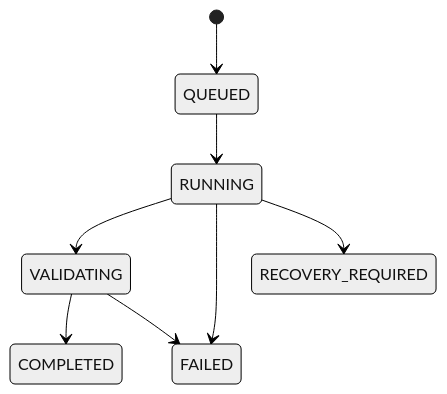
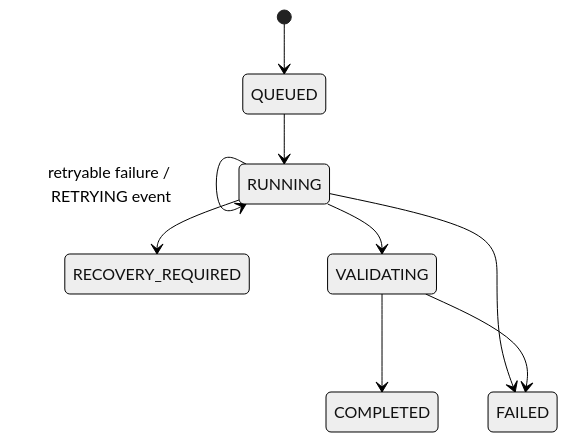
The second of 2 diagrams in README.md (syedkhadeermo/personal-graphrag-agent), drawn with Mermaid (neutral theme) before and after one commit. The commit also changed other lines of this file and 8 other files, not shown here.

````diff
--- a/README.md
+++ b/README.md
@@ -217,10 +228,11 @@
 ```mermaid
 stateDiagram-v2
     [*] --> QUEUED
     QUEUED --> RUNNING
+    RUNNING --> RUNNING: retryable failure / RETRYING event
     RUNNING --> VALIDATING
     VALIDATING --> COMPLETED
     RUNNING --> FAILED
     VALIDATING --> FAILED
     RUNNING --> RECOVERY_REQUIRED
 ```
````
